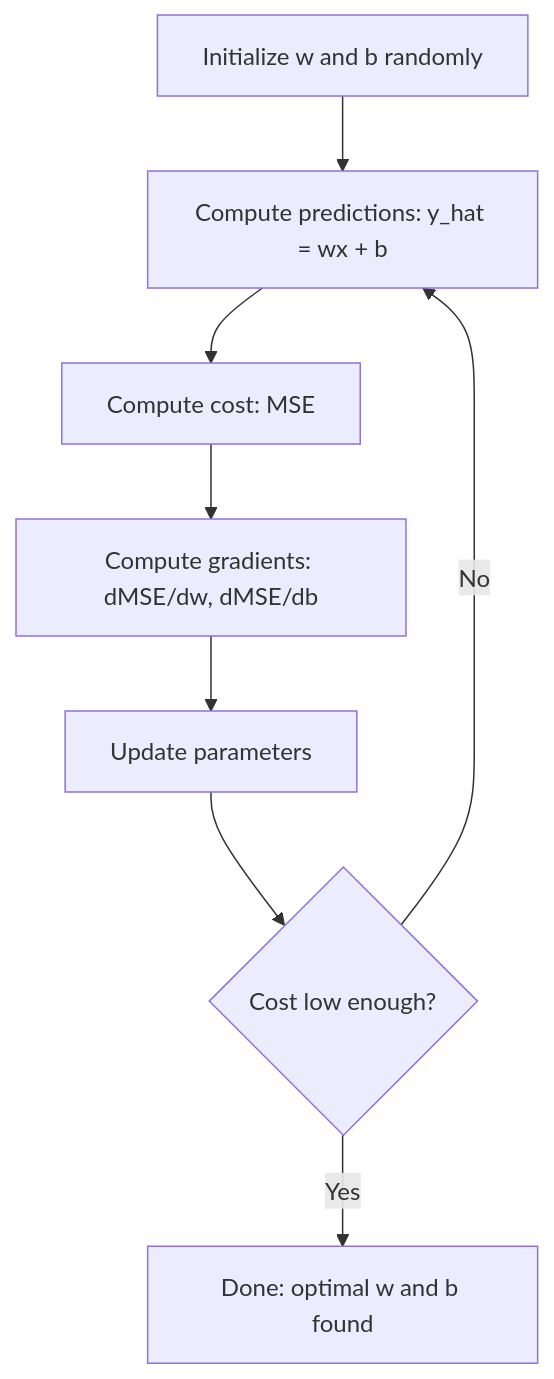
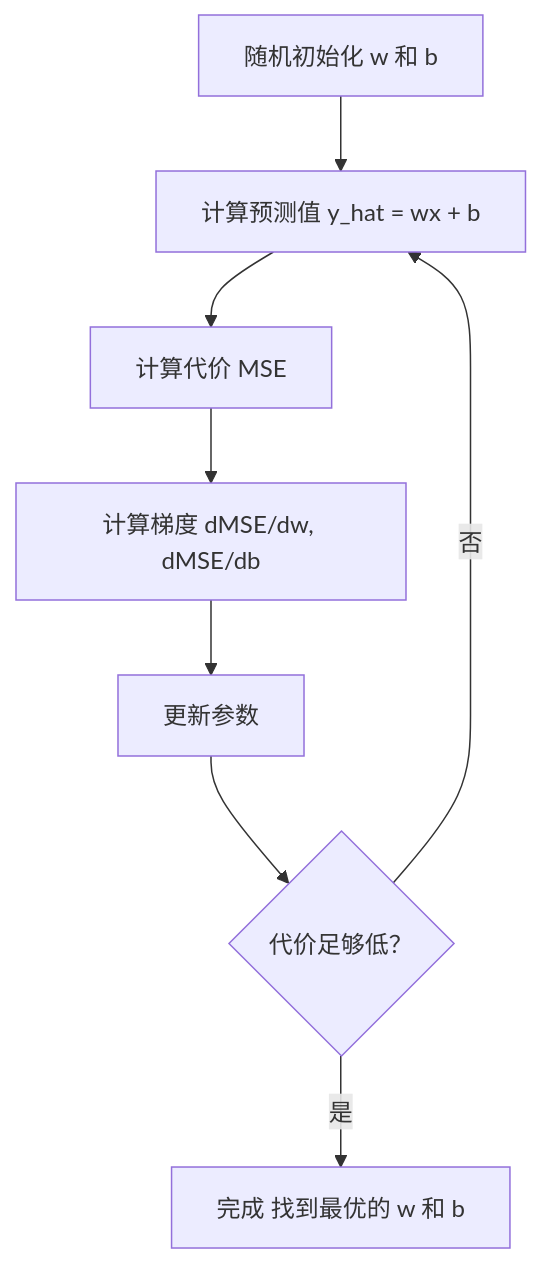
One commit to JerryC8080/ai-engineering-from-scratch-zh changed the diagram in phases/02-ml-fundamentals/02-linear-regression/docs/zh.md. Above: the diagram before and after it, drawn with Mermaid. The commit also changed 156 other files, not shown here.

First line of the commit message:
i18n(zh): translate mermaid diagram labels in 157 lesson zh.md

````diff
--- a/phases/02-ml-fundamentals/02-linear-regression/docs/zh.md
+++ b/phases/02-ml-fundamentals/02-linear-regression/docs/zh.md
@@ -66,10 +66,10 @@
 ```mermaid
 flowchart TD
-    A[Initialize w and b randomly] --> B[Compute predictions: y_hat = wx + b]
-    B --> C[Compute cost: MSE]
-    C --> D[Compute gradients: dMSE/dw, dMSE/db]
-    D --> E[Update parameters]
-    E --> F{Cost low enough?}
-    F -->|No| B
-    F -->|Yes| G[Done: optimal w and b found]
+    A[随机初始化 w 和 b] --> B[计算预测值 y_hat = wx + b]
+    B --> C[计算代价 MSE]
+    C --> D[计算梯度 dMSE/dw, dMSE/db]
+    D --> E[更新参数]
+    E --> F{代价足够低？}
+    F -->|否| B
+    F -->|是| G[完成 找到最优的 w 和 b]
 ```
````
